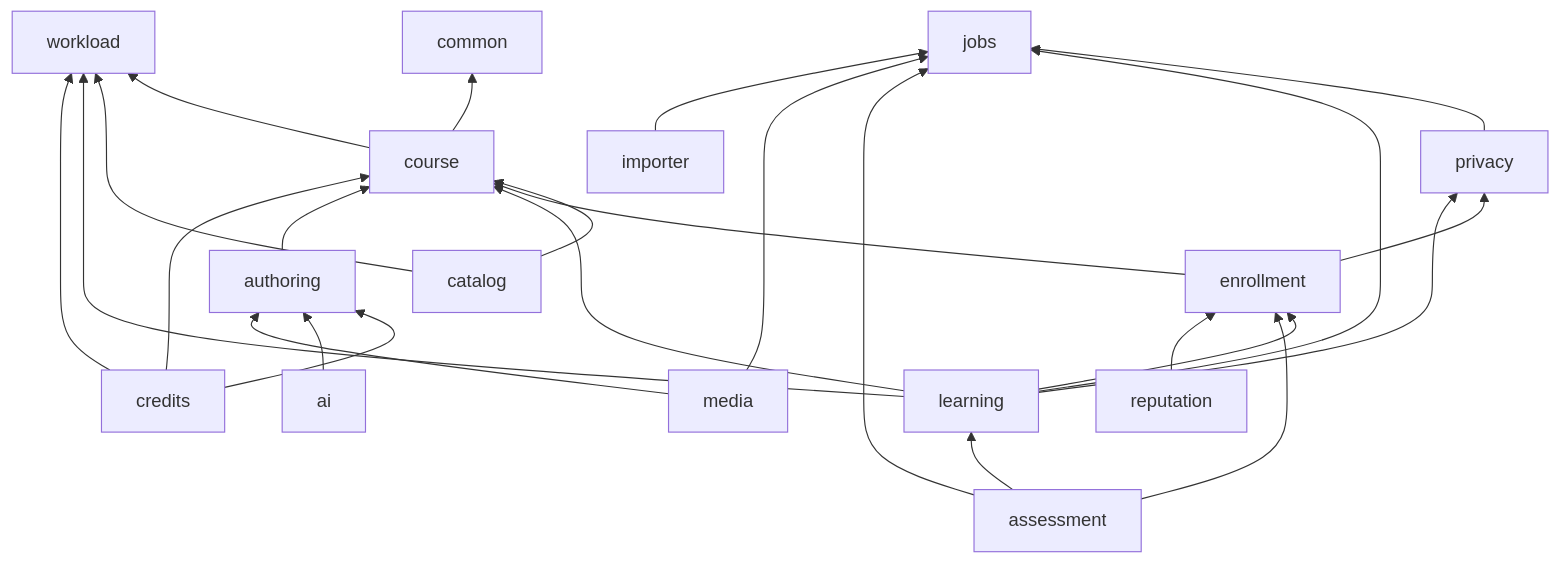
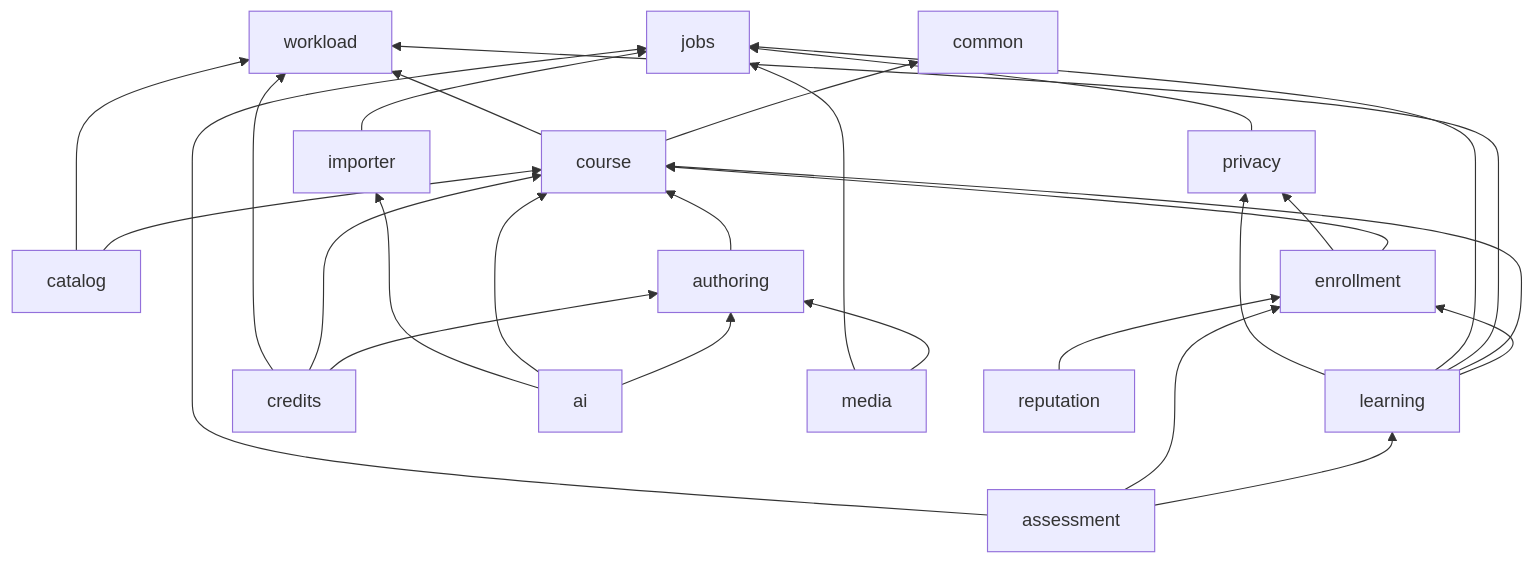
One commit to wasichai/elearning-backend changed the second of 3 diagrams in docs/architecture/overview.md. Above: the diagram before and after it, drawn with Mermaid. The commit also changed 10 other files, not shown here.

````diff
--- a/docs/architecture/overview.md
+++ b/docs/architecture/overview.md
@@ -115,31 +115,33 @@
 ```mermaid
 flowchart BT
     common
     workload
     jobs
     course --> common
     course --> workload
     catalog --> course
     catalog --> workload
     enrollment --> course
     enrollment --> privacy
     privacy --> jobs
     learning --> enrollment
     learning --> course
     learning --> workload
     learning --> jobs
     learning --> privacy
     assessment --> learning
     assessment --> enrollment
     assessment --> jobs
     authoring --> course
     credits --> authoring
     credits --> course
     credits --> workload
     importer
     ai --> authoring
+    ai --> course
+    ai --> importer
     media --> authoring
     media --> jobs
     reputation --> enrollment
     importer --> jobs
 ```
````
